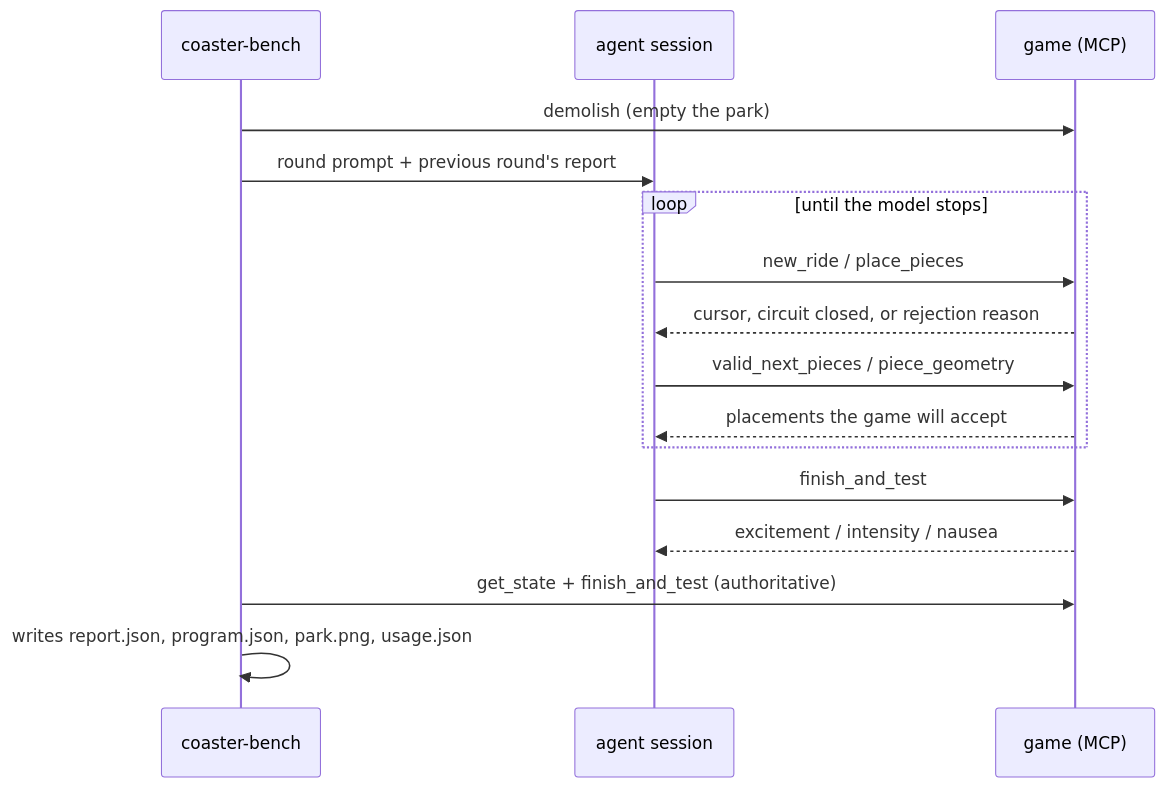
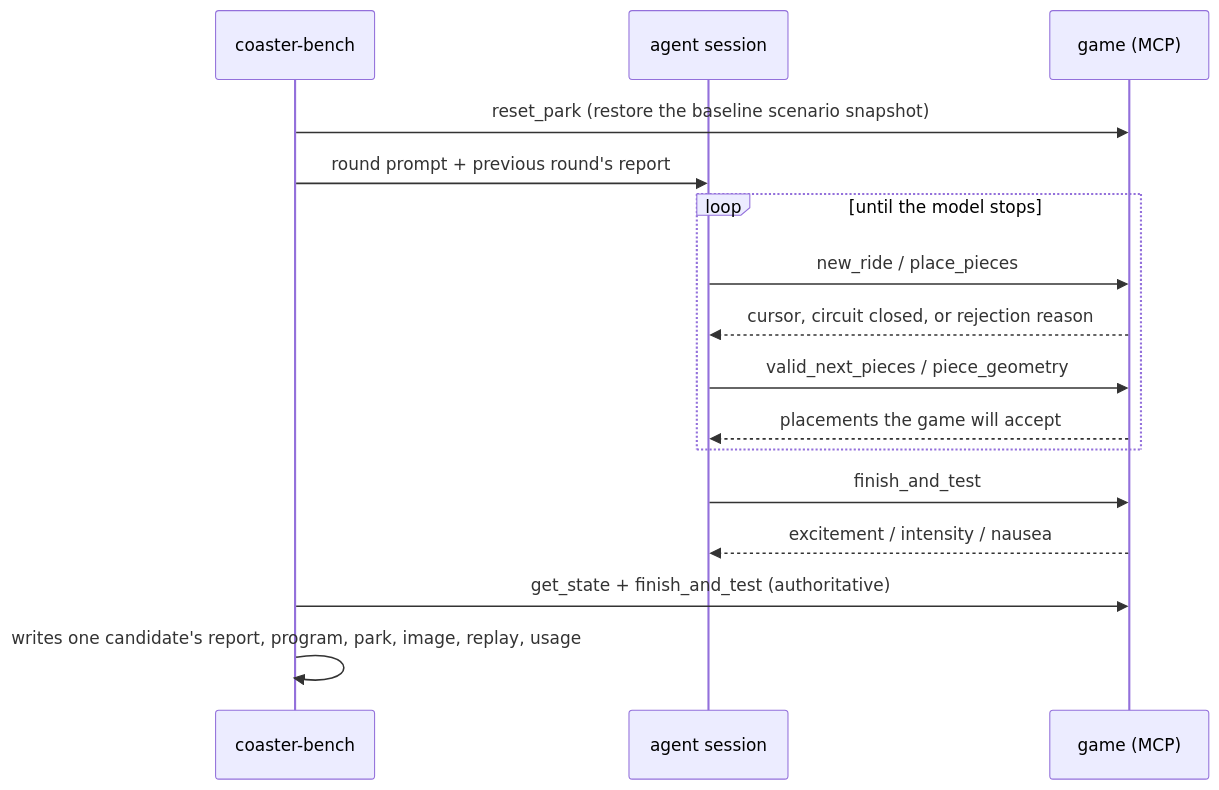
Before and after one commit to wseaton/CoasterBench: the second of 2 diagrams in readme.md, drawn with Mermaid. The commit also changed other lines of this file and 67 other files, not shown here.

````diff
--- a/readme.md
+++ b/readme.md
@@ -137,19 +140,19 @@
 ```mermaid
 sequenceDiagram
     participant B as coaster-bench
     participant A as agent session
     participant G as game (MCP)
 
-    B->>G: demolish (empty the park)
+    B->>G: reset_park (restore the baseline scenario snapshot)
     B->>A: round prompt + previous round's report
     loop until the model stops
         A->>G: new_ride / place_pieces
         G-->>A: cursor, circuit closed, or rejection reason
         A->>G: valid_next_pieces / piece_geometry
         G-->>A: placements the game will accept
     end
     A->>G: finish_and_test
     G-->>A: excitement / intensity / nausea
     B->>G: get_state + finish_and_test (authoritative)
-    B->>B: writes report.json, program.json, park.png, usage.json
+    B->>B: writes one candidate's report, program, park, image, replay, usage
 ```
````
